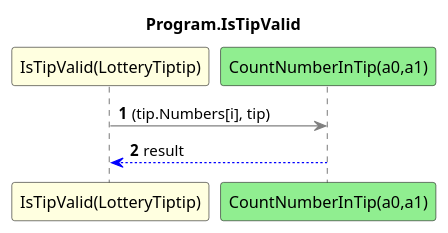
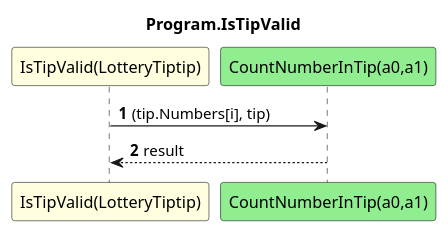
Before and after one commit to leoggehrer/2324-34_ABIF_ACIF_POSE: the diagram in LotteryChecker.ConApp/diagrams/sq_Program_IsTipValid.puml, drawn with PlantUML. The commit also changed 9 other files, not shown here.

```diff
--- a/LotteryChecker.ConApp/diagrams/sq_Program_IsTipValid.puml
+++ b/LotteryChecker.ConApp/diagrams/sq_Program_IsTipValid.puml
@@ -1,8 +1,8 @@
 @startuml Program.IsTipValid
 title Program.IsTipValid
 participant "IsTipValid(LotteryTiptip)" as IsTipValid_p0 #LightYellow
 participant "CountNumberInTip(a0,a1)" as CountNumberInTip_a0_a1 #LightGreen
 autonumber
-IsTipValid_p0 -[#grey]> CountNumberInTip_a0_a1 : (tip.Numbers[i], tip)
-CountNumberInTip_a0_a1 -[#blue]-> IsTipValid_p0 : result
+IsTipValid_p0 -> CountNumberInTip_a0_a1 : (tip.Numbers[i], tip)
+CountNumberInTip_a0_a1 --> IsTipValid_p0 : result
 @enduml
```
